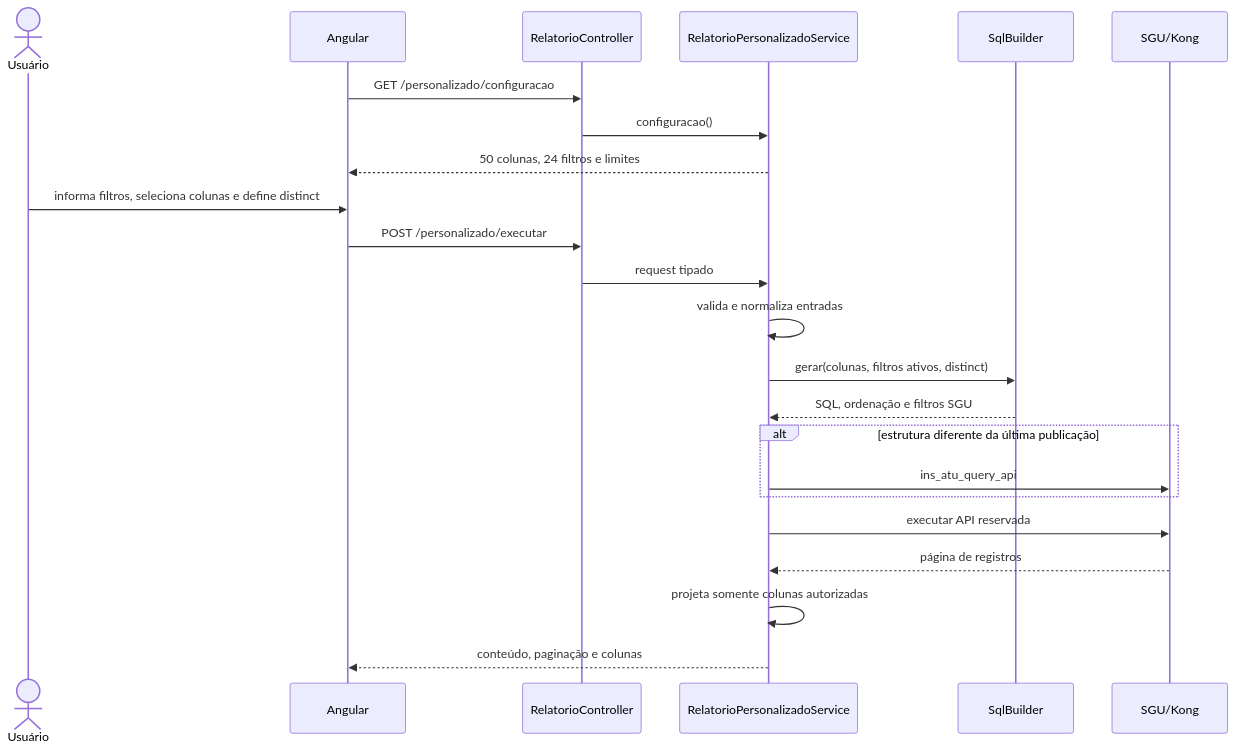
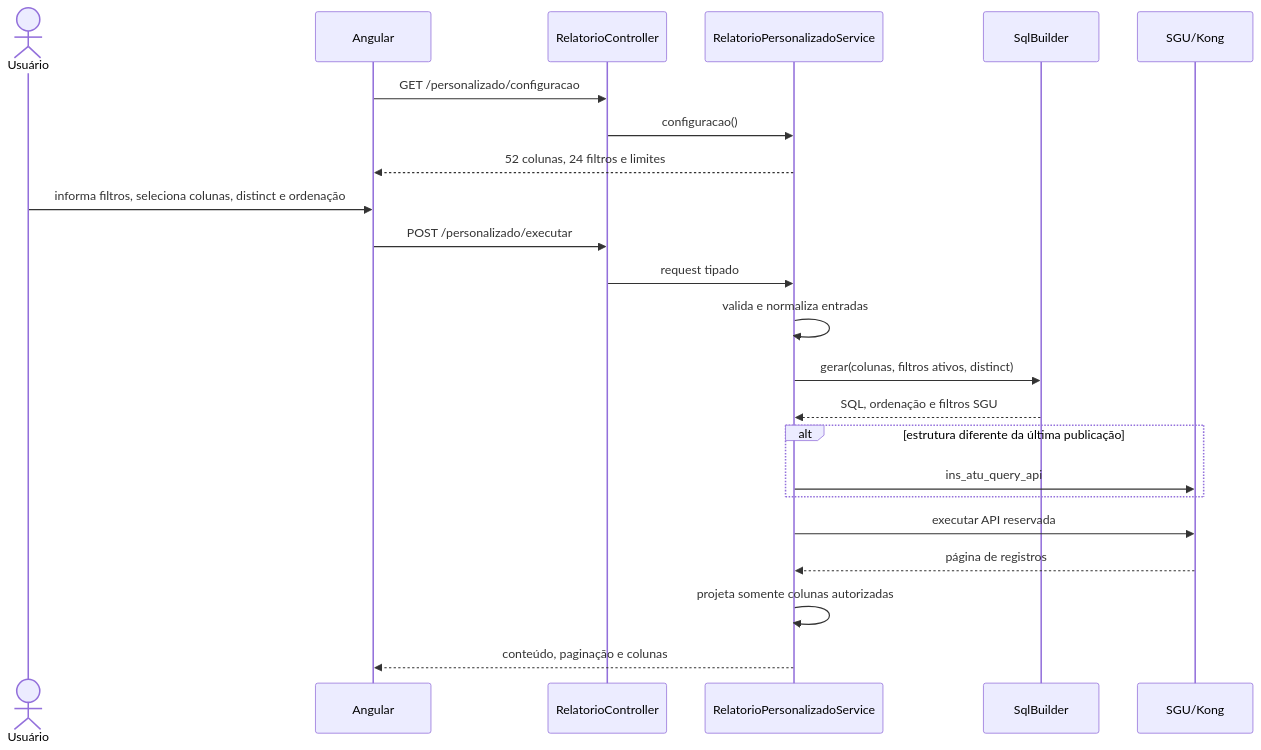
The third of 4 diagrams in docs/ARQUITETURA.md (HeitorLeite/Unimed-Tools), drawn with Mermaid before and after one commit. The commit also changed other lines of this file and 12 other files, not shown here.

Commit message:
feat(relatorios): Adiciona novas colunas de Despesa, Receita e Sinistralidade, junto á ordenação de colunas

````diff
--- a/docs/ARQUITETURA.md
+++ b/docs/ARQUITETURA.md
@@ -226,26 +226,26 @@
 ```mermaid
 sequenceDiagram
     actor U as Usuário
     participant F as Angular
     participant C as RelatorioController
     participant R as RelatorioPersonalizadoService
     participant Q as SqlBuilder
     participant S as SGU/Kong
 
     F->>C: GET /personalizado/configuracao
     C->>R: configuracao()
-    R-->>F: 50 colunas, 24 filtros e limites
-    U->>F: informa filtros, seleciona colunas e define distinct
+    R-->>F: 52 colunas, 24 filtros e limites
+    U->>F: informa filtros, seleciona colunas, distinct e ordenação
     F->>C: POST /personalizado/executar
     C->>R: request tipado
     R->>R: valida e normaliza entradas
     R->>Q: gerar(colunas, filtros ativos, distinct)
     Q-->>R: SQL, ordenação e filtros SGU
     alt estrutura diferente da última publicação
         R->>S: ins_atu_query_api
     end
     R->>S: executar API reservada
     S-->>R: página de registros
     R->>R: projeta somente colunas autorizadas
     R-->>F: conteúdo, paginação e colunas
 ```
````
